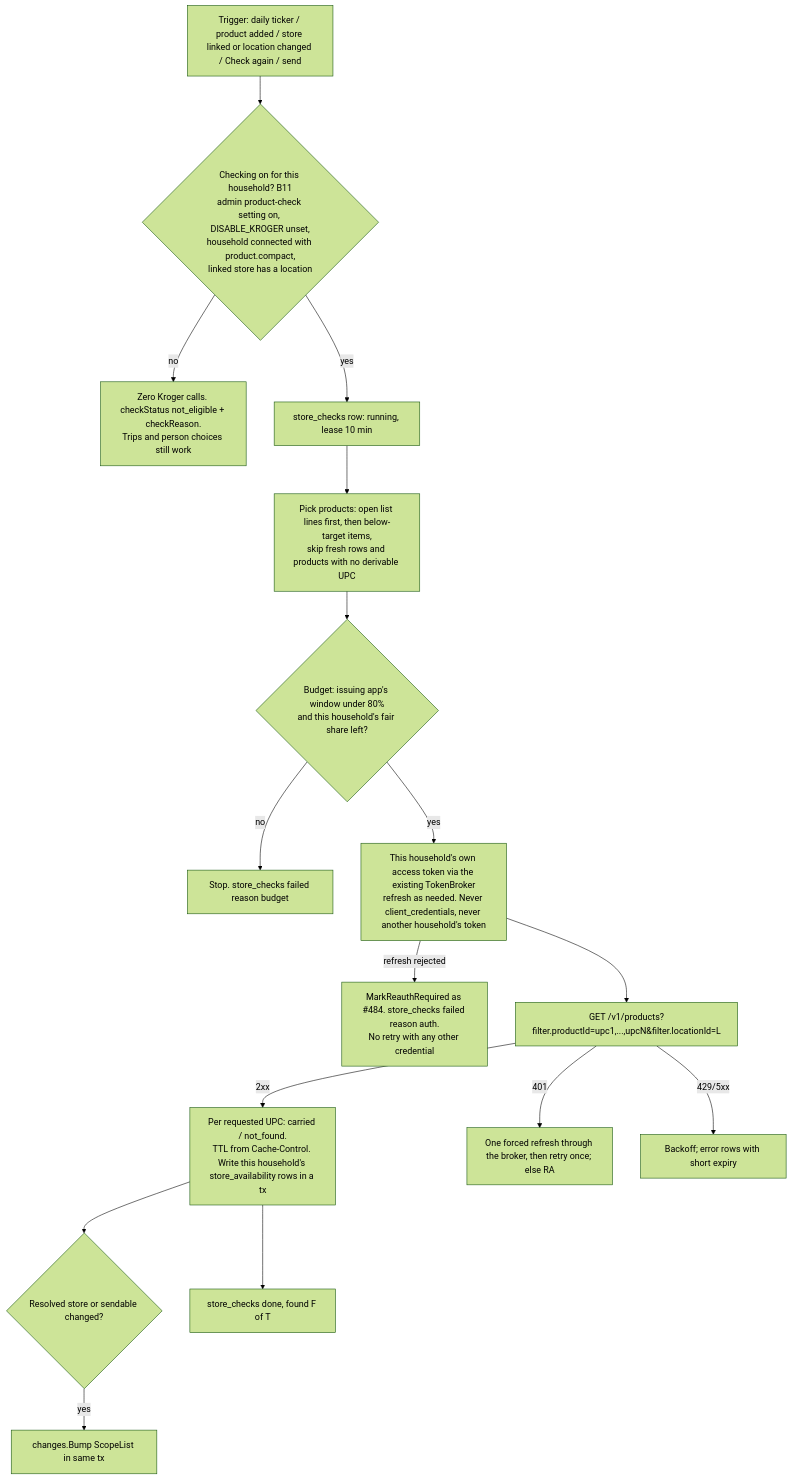
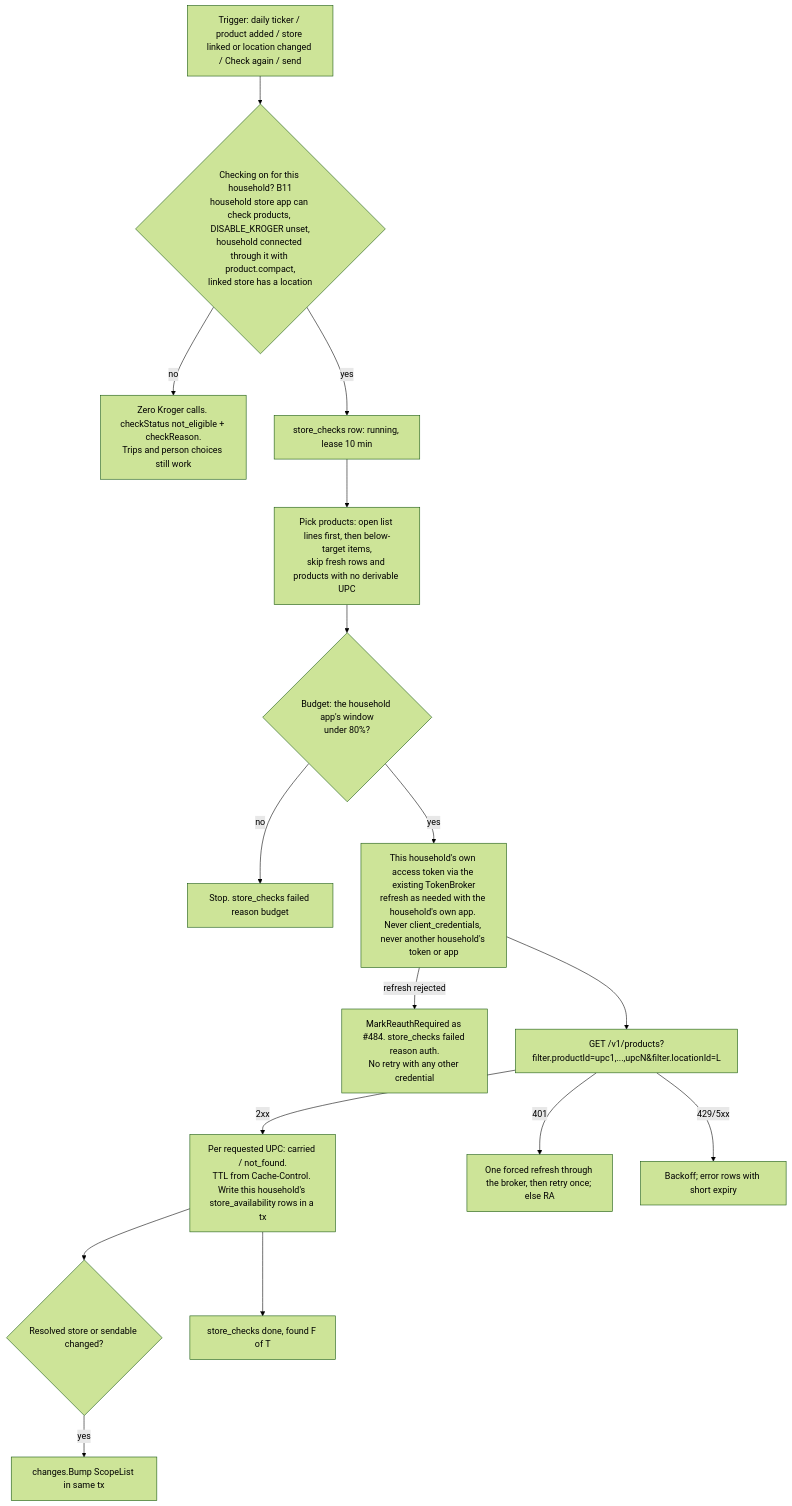
Before and after one commit to Rhionin/stockbot: the first of 2 diagrams in docs/design/multi-store-sourcing.md, drawn with Mermaid (forest theme). The commit also changed other lines of this file and 4 other files, not shown here.

Commit message:
docs(481): per-household store app (Q4 = B)

````diff
--- a/docs/design/multi-store-sourcing.md
+++ b/docs/design/multi-store-sourcing.md
@@ -51,18 +51,18 @@
 ```mermaid
 flowchart TD
-    A[Trigger: daily ticker / product added / store linked or location changed / Check again / send] --> G{Checking on for this household? B11<br/>admin product-check setting on, DISABLE_KROGER unset,<br/>household connected with product.compact,<br/>linked store has a location}
+    A[Trigger: daily ticker / product added / store linked or location changed / Check again / send] --> G{Checking on for this household? B11<br/>household store app can check products, DISABLE_KROGER unset,<br/>household connected through it with product.compact,<br/>linked store has a location}
     G -- no --> N[Zero Kroger calls. checkStatus not_eligible + checkReason.<br/>Trips and person choices still work]
     G -- yes --> S[store_checks row: running, lease 10 min]
     S --> P[Pick products: open list lines first, then below-target items,<br/>skip fresh rows and products with no derivable UPC]
-    P --> B{Budget: issuing app's window under 80%<br/>and this household's fair share left?}
+    P --> B{Budget: the household app's window<br/>under 80%?}
     B -- no --> D[Stop. store_checks failed reason budget]
-    B -- yes --> T[This household's own access token via the existing TokenBroker<br/>refresh as needed. Never client_credentials, never another household's token]
+    B -- yes --> T[This household's own access token via the existing TokenBroker<br/>refresh as needed with the household's own app. Never client_credentials, never another household's token or app]
     T -- refresh rejected --> RA[MarkReauthRequired as #484. store_checks failed reason auth.<br/>No retry with any other credential]
     T --> K[GET /v1/products?filter.productId=upc1,...,upcN&filter.locationId=L]
     K -- 2xx --> W[Per requested UPC: carried / not_found.<br/>TTL from Cache-Control. Write this household's store_availability rows in a tx]
     K -- 401 --> R1[One forced refresh through the broker, then retry once; else RA]
     K -- 429/5xx --> R[Backoff; error rows with short expiry]
     W --> C{Resolved store or sendable changed?}
     C -- yes --> U[changes.Bump ScopeList in same tx]
     W --> E[store_checks done, found F of T]
 ```
````
